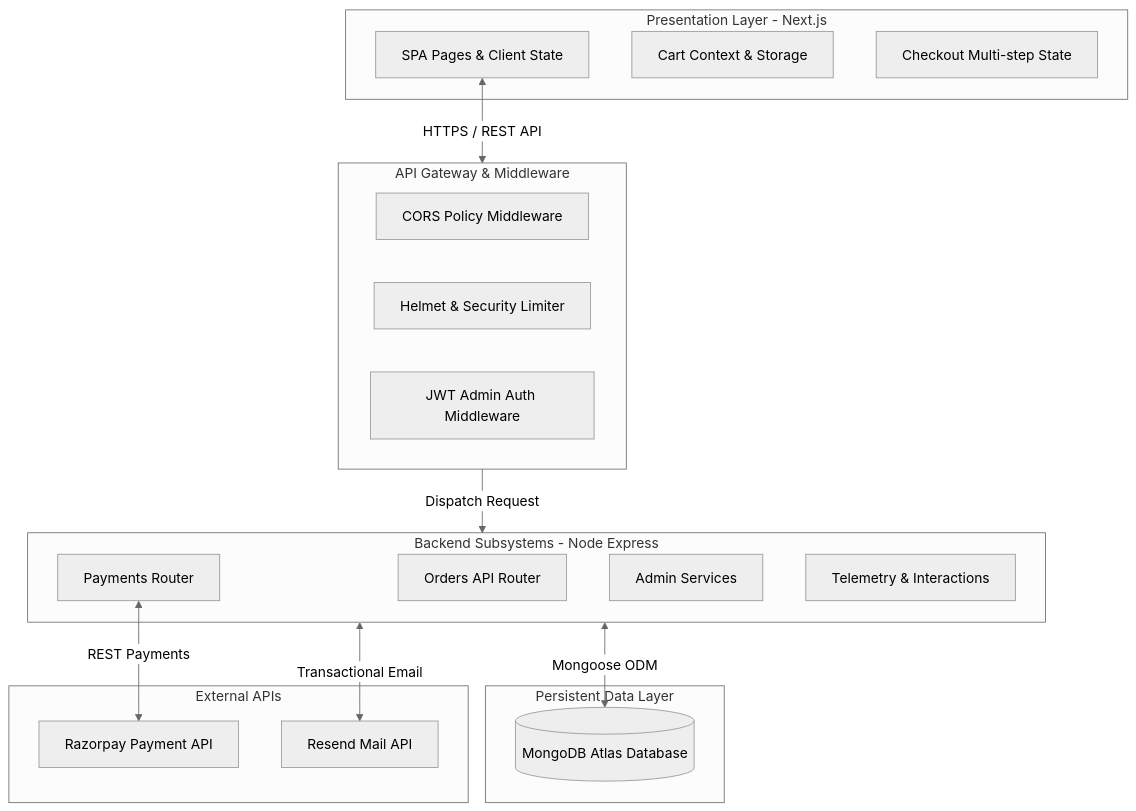
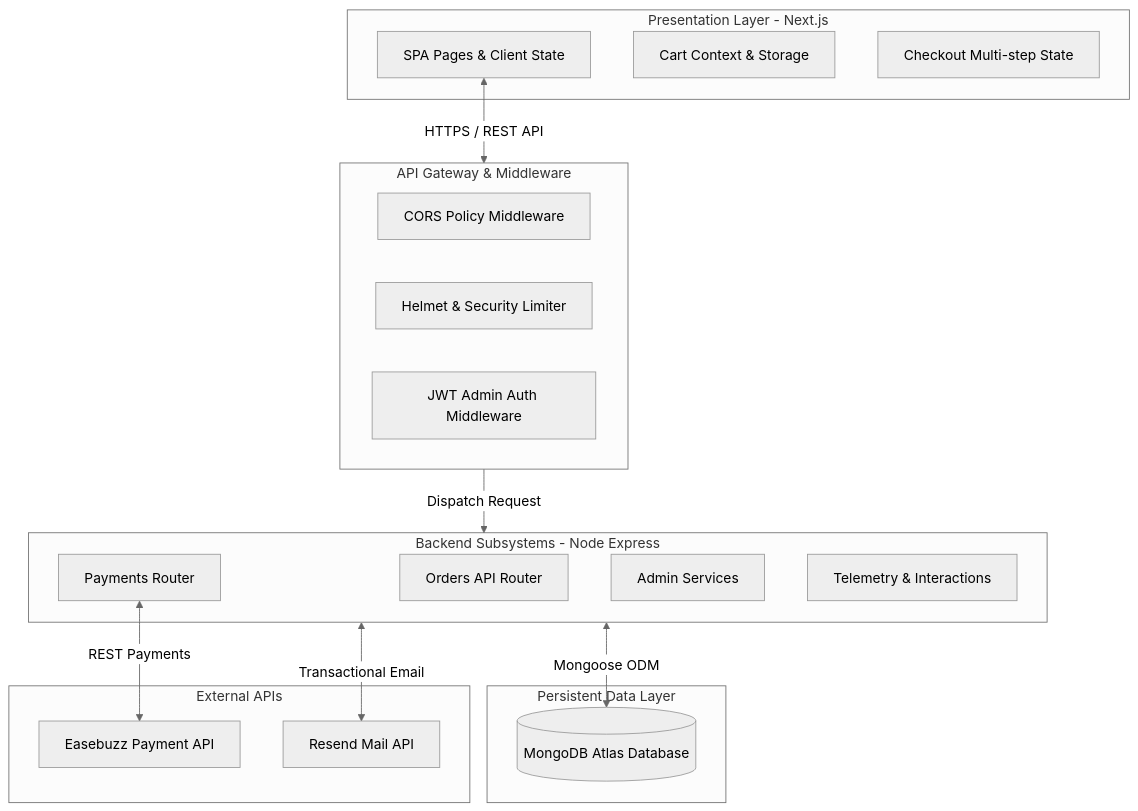
Before and after one commit to hopeimpact365/Krushisarthi: the diagram in Documentation/architecture.md, drawn with Mermaid (neutral theme). The commit also changed other lines of this file and 13 other files, not shown here.

Commit message:
feat: initialize backend server, integrate Easebuzz payment gateway, and document API architecture

````diff
--- a/Documentation/architecture.md
+++ b/Documentation/architecture.md
@@ -11,42 +11,42 @@
 ```mermaid
 graph TD
     %% Presentation Layer
     subgraph Client [Presentation Layer - Next.js]
         FE[SPA Pages & Client State]
         Cart[Cart Context & Storage]
         Wizard[Checkout Multi-step State]
     end
 
     %% Routing / Gateway
     subgraph Gateway [API Gateway & Middleware]
         CORS[CORS Policy Middleware]
         Sec[Helmet & Security Limiter]
         Auth[JWT Admin Auth Middleware]
     end
 
     %% Business Logic
     subgraph Server [Backend Subsystems - Node Express]
         OrderRouter[Orders API Router]
         PayRouter[Payments Router]
         AdminRouter[Admin Services]
         IntRouter[Telemetry & Interactions]
     end
 
     %% Data Store
     subgraph Storage [Persistent Data Layer]
         DB[(MongoDB Atlas Database)]
     end
 
     %% External Systems
     subgraph External [External APIs]
-        Razorpay[Razorpay Payment API]
+        Easebuzz[Easebuzz Payment API]
         Resend[Resend Mail API]
     end
 
     %% Connections
     FE <-->|HTTPS / REST API| Gateway
     Gateway -->|Dispatch Request| Server
     Server <-->|Mongoose ODM| DB
-    PayRouter <-->|REST Payments| Razorpay
+    PayRouter <-->|REST Payments| Easebuzz
     Server <-->|Transactional Email| Resend
 ```
````
